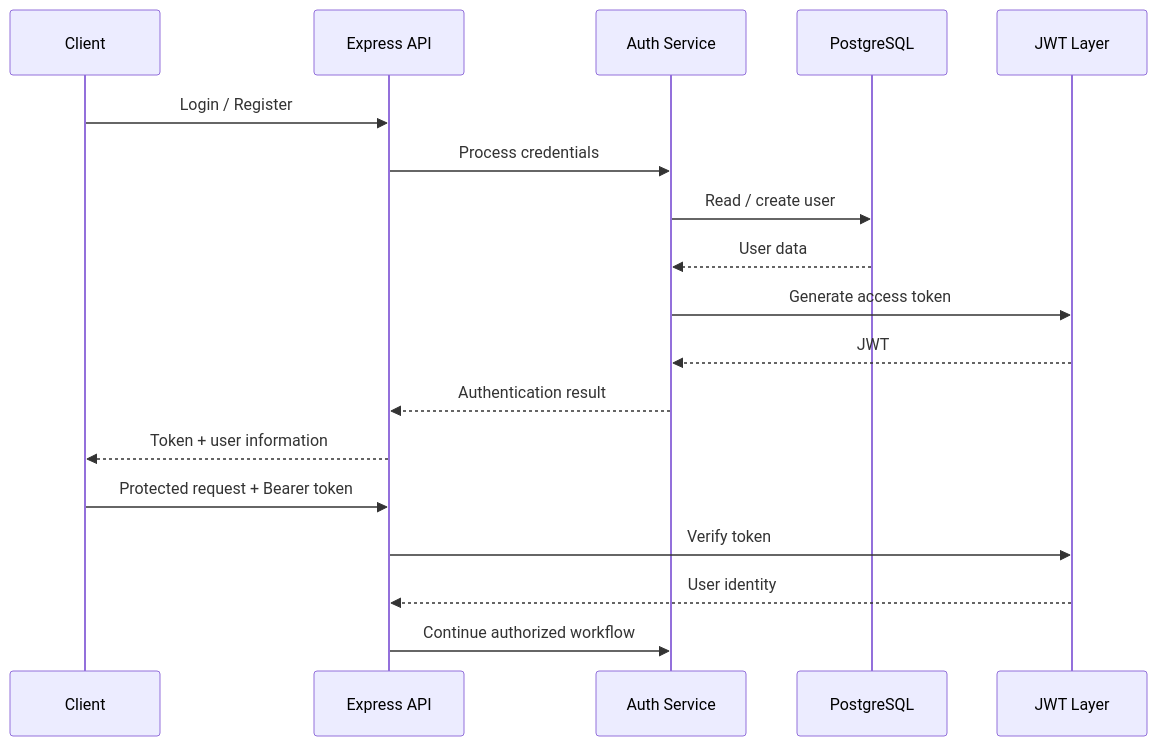
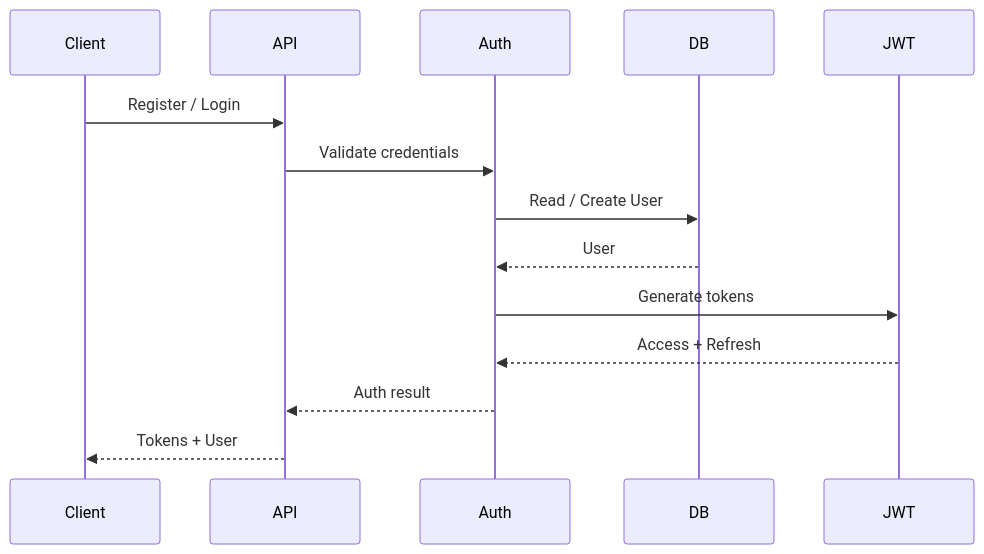
Before and after one commit to SnehashisKundu/VerterxLearn-Learning-management-System: the third of 31 diagrams in README.md, drawn with Mermaid. The commit also changed other lines of this file, not shown here.

````diff
--- a/README.md
+++ b/README.md
@@ -168,22 +386,17 @@
-``` mermaid
+```mermaid
 sequenceDiagram
-    participant C as Client
-    participant API as Express API
-    participant AUTH as Auth Service
-    participant DB as PostgreSQL
-    participant JWT as JWT Layer
+    participant Client
+    participant API
+    participant Auth
+    participant DB
+    participant JWT
 
-    C->>API: Login / Register
-    API->>AUTH: Process credentials
-    AUTH->>DB: Read / create user
-    DB-->>AUTH: User data
-    AUTH->>JWT: Generate access token
-    JWT-->>AUTH: JWT
-    AUTH-->>API: Authentication result
-    API-->>C: Token + user information
-
-    C->>API: Protected request + Bearer token
-    API->>JWT: Verify token
-    JWT-->>API: User identity
-    API->>AUTH: Continue authorized workflow
+    Client->>API: Register / Login
+    API->>Auth: Validate credentials
+    Auth->>DB: Read / Create User
+    DB-->>Auth: User
+    Auth->>JWT: Generate tokens
+    JWT-->>Auth: Access + Refresh
+    Auth-->>API: Auth result
+    API-->>Client: Tokens + User
 ```
````
